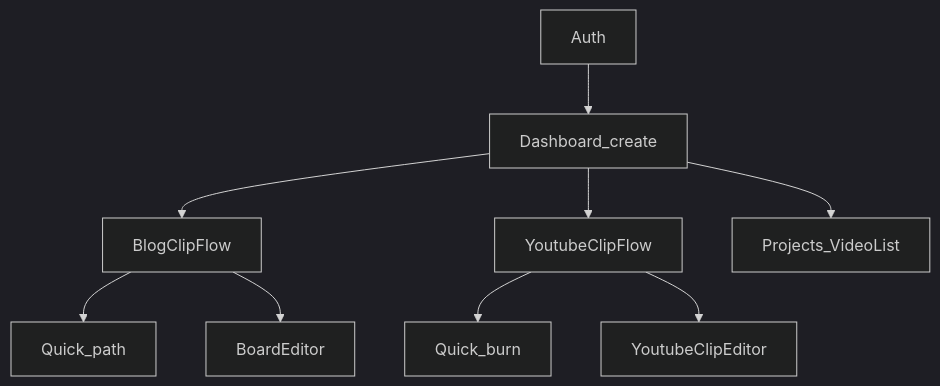
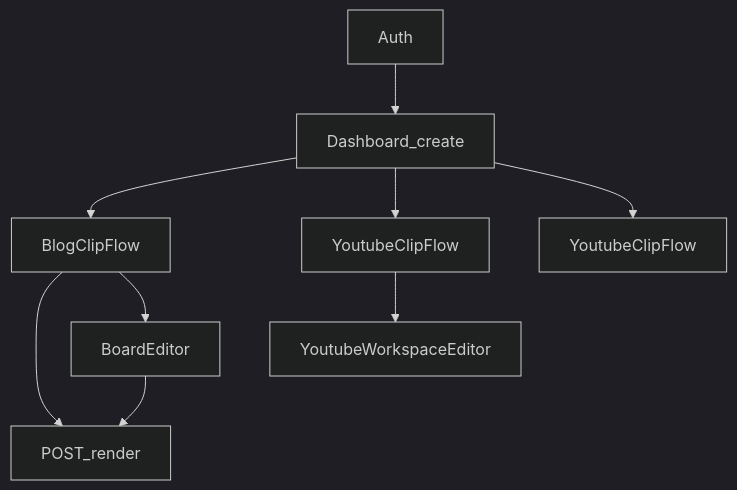
Before and after one commit to 0325658283sky-sys/shorts_writer: the first of 3 diagrams in docs/USER_JOURNEYS.md, drawn with Mermaid (dark theme). The commit also changed other lines of this file and 33 other files, not shown here.

````diff
--- a/docs/USER_JOURNEYS.md
+++ b/docs/USER_JOURNEYS.md
@@ -49,11 +46,11 @@
 ```mermaid
 flowchart TD
   auth[Auth] --> studio[Dashboard_create]
   studio --> blog[BlogClipFlow]
   studio --> yt[YoutubeClipFlow]
-  studio --> mp4[Projects_VideoList]
-  blog --> quick[Quick_path]
+  studio --> mp4[YoutubeClipFlow]
+  blog --> render[POST_render]
   blog --> board[BoardEditor]
-  yt --> ytQuick[Quick_burn]
-  yt --> ytEditor[YoutubeClipEditor]
+  board --> render
+  yt --> ytEditor[YoutubeWorkspaceEditor]
 ```
````
